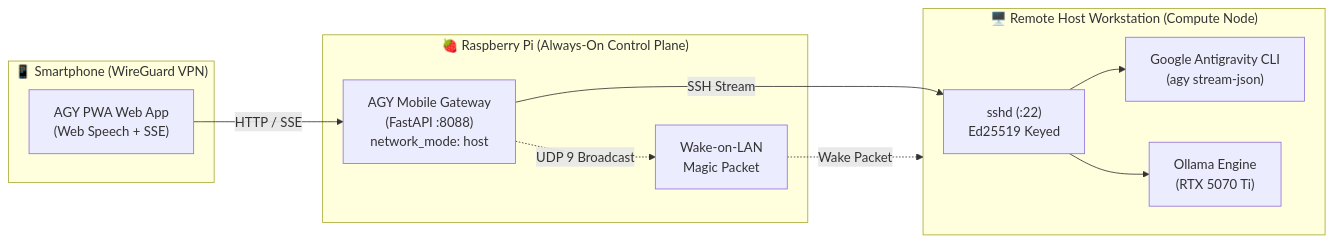
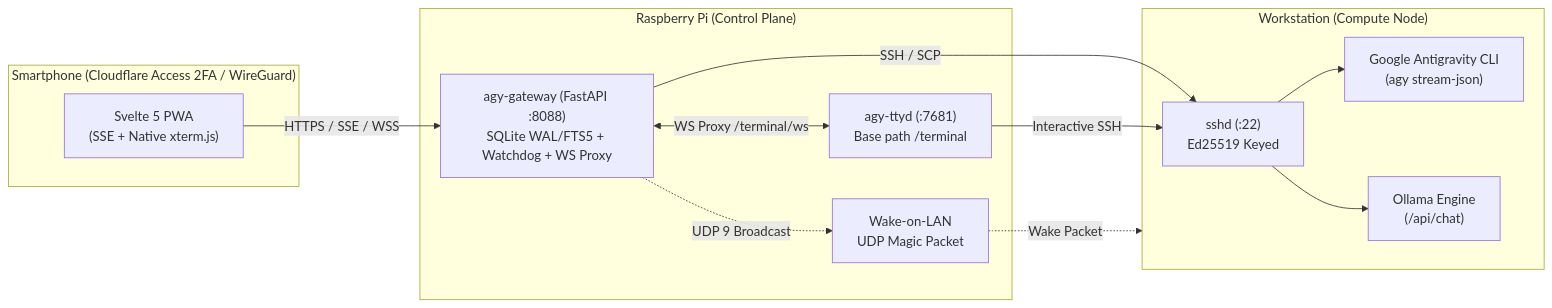
The diagram in README.md (AetherCore-Works/agy-mobile), drawn with Mermaid before and after one commit. The commit also changed other lines of this file and 3 other files, not shown here.

````diff
--- a/README.md
+++ b/README.md
@@ -28,24 +30,27 @@
 ```mermaid
 flowchart LR
-    subgraph Mobile ["📱 Smartphone (WireGuard VPN)"]
-        UI["AGY PWA Web App\n(Web Speech + SSE)"]
+    subgraph Mobile ["Smartphone (Cloudflare Access 2FA / WireGuard)"]
+        UI["Svelte 5 PWA\n(SSE + Native xterm.js)"]
     end
 
-    subgraph Pi ["🍓 Raspberry Pi (Always-On Control Plane)"]
-        GW["AGY Mobile Gateway\n(FastAPI :8088)\nnetwork_mode: host"]
-        WoL["Wake-on-LAN\nMagic Packet"]
+    subgraph Pi ["Raspberry Pi (Control Plane)"]
+        GW["agy-gateway (FastAPI :8088)\nSQLite WAL/FTS5 + Watchdog + WS Proxy"]
+        TTYD["agy-ttyd (:7681)\nBase path /terminal"]
+        WoL["Wake-on-LAN\nUDP Magic Packet"]
     end
 
-    subgraph Desktop ["🖥️ Remote Host Workstation (Compute Node)"]
+    subgraph Desktop ["Workstation (Compute Node)"]
         SSH["sshd (:22)\nEd25519 Keyed"]
         AGY["Google Antigravity CLI\n(agy stream-json)"]
-        Ollama["Ollama Engine\n(RTX 5070 Ti)"]
+        Ollama["Ollama Engine\n(/api/chat)"]
     end
 
-    UI -->|HTTP / SSE| GW
-    GW -->|SSH Stream| SSH
+    UI -->|HTTPS / SSE / WSS| GW
+    GW <-->|WS Proxy /terminal/ws| TTYD
+    GW -->|SSH / SCP| SSH
+    TTYD -->|Interactive SSH| SSH
     SSH --> AGY
     SSH --> Ollama
     GW -.->|UDP 9 Broadcast| WoL
     WoL -.->|Wake Packet| Desktop
 ```
````
